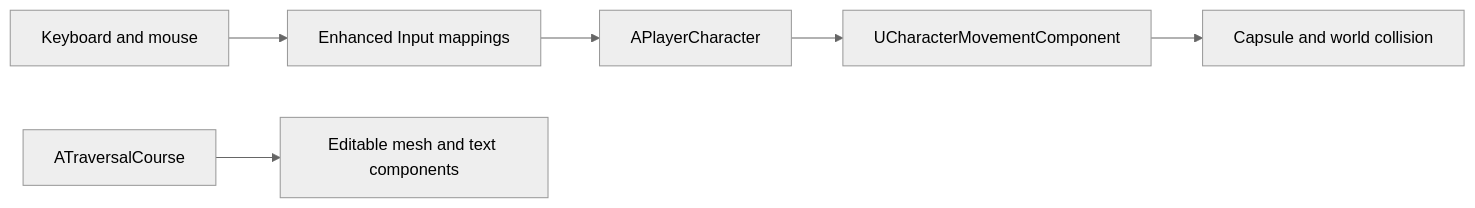
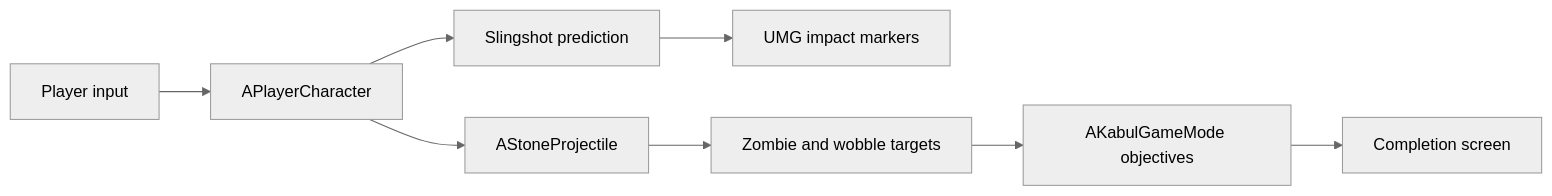
The first of 2 diagrams in Documentation/PROJECT_ARCHITECTURE.md (Faiazalikhail/Darkness-of-Kabul), drawn with Mermaid (neutral theme) before and after one commit. The commit also changed other lines of this file and 24 other files, not shown here.

````diff
--- a/Documentation/PROJECT_ARCHITECTURE.md
+++ b/Documentation/PROJECT_ARCHITECTURE.md
@@ -5,8 +5,10 @@
 ```mermaid
 flowchart LR
-    Hardware[Keyboard and mouse] --> Mapping[Enhanced Input mappings]
-    Mapping --> Player[APlayerCharacter]
-    Player --> Movement[UCharacterMovementComponent]
-    Movement --> Collision[Capsule and world collision]
-    Course[ATraversalCourse] --> Geometry[Editable mesh and text components]
+    Input[Player input] --> Player[APlayerCharacter]
+    Player --> Aim[Slingshot prediction]
+    Player --> Stone[AStoneProjectile]
+    Aim --> Markers[UMG impact markers]
+    Stone --> Targets[Zombie and wobble targets]
+    Targets --> Rules[AKabulGameMode objectives]
+    Rules --> UI[Completion screen]
 ```
````
